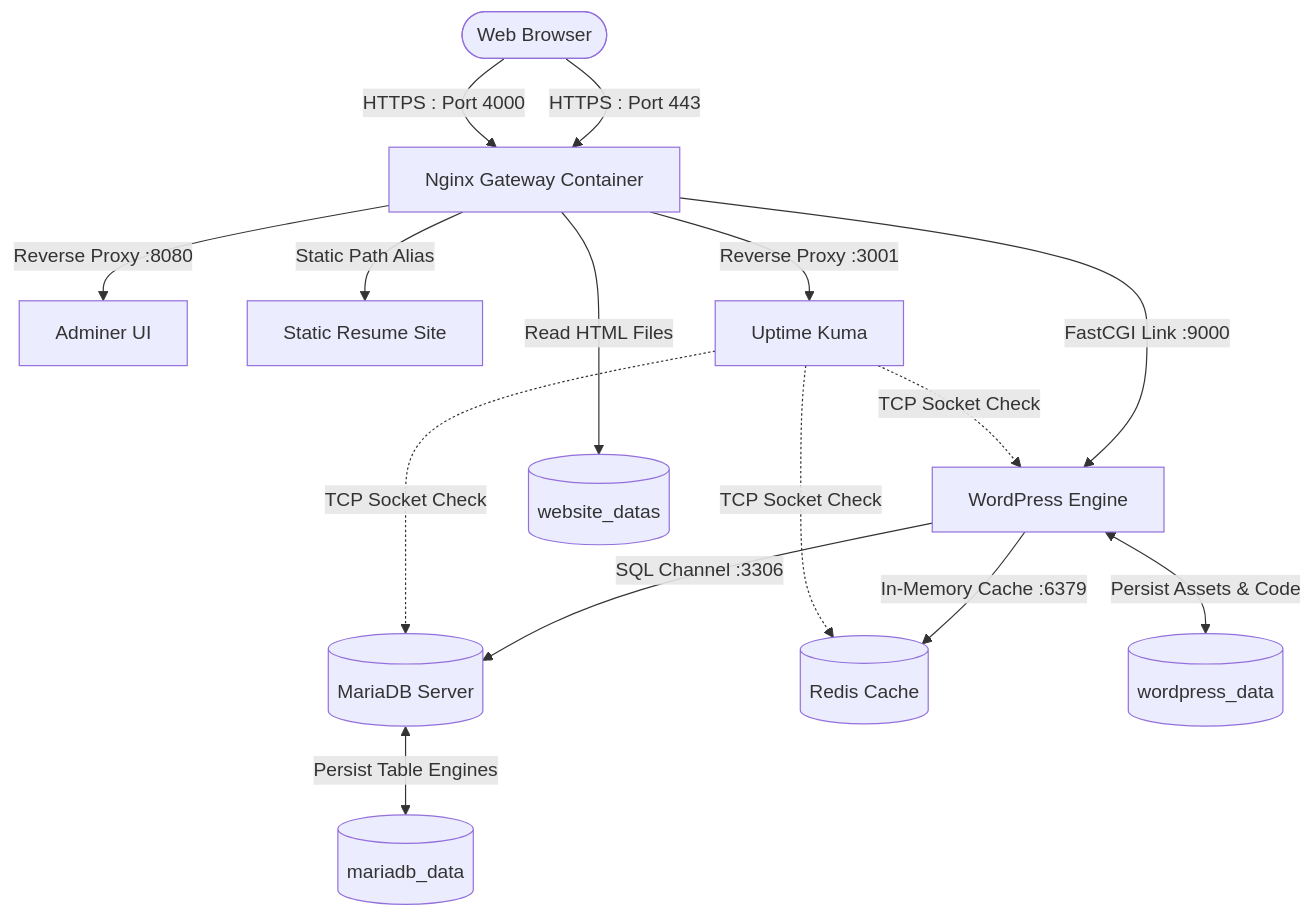
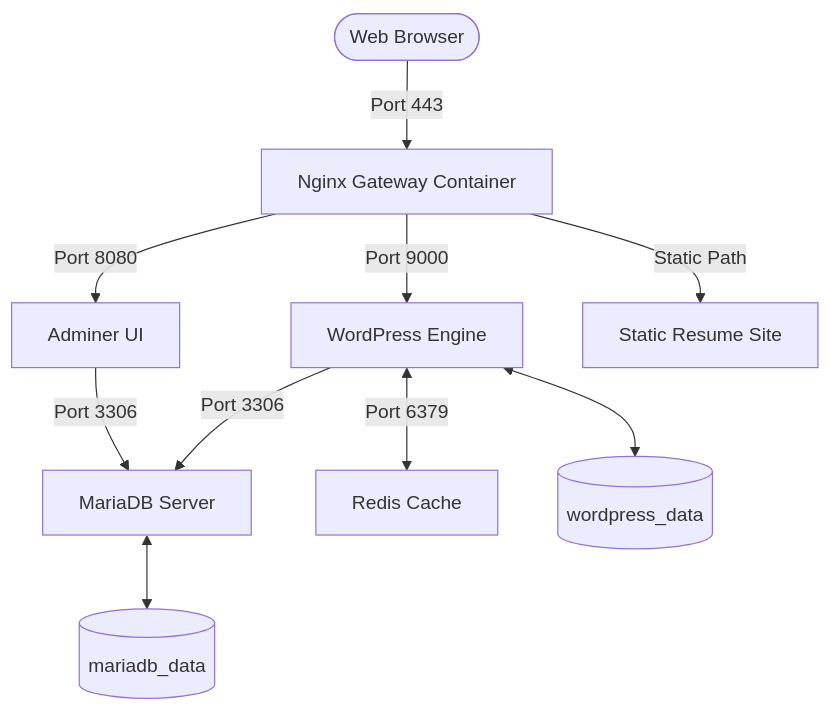
One commit to jqrsound/inception changed the first of 2 diagrams in README.md. Above: the diagram before and after it, drawn with Mermaid. The commit also changed other lines of this file and 22 other files, not shown here.

````diff
--- a/README.md
+++ b/README.md
@@ -41,27 +40,18 @@
 ```mermaid
 graph TD
-    User([Web Browser]) -->|HTTPS : Port 443| NGINX[Nginx Gateway Container]
-    User -->|HTTPS : Port 4000| NGINX
-    
-    NGINX -->|FastCGI Link :9000| WP[WordPress Engine]
-    NGINX -->|Reverse Proxy :8080| Adminer[Adminer UI]
-    NGINX -->|Static Path Alias| Resume[Static Resume Site]
-    NGINX -->|Reverse Proxy :3001| Kuma[Uptime Kuma]
+    User([Web Browser]) -->|Port 443| NGINX[Nginx Gateway Container]
+    NGINX -->|Port 8080| Adminer[Adminer UI]
+    NGINX -->|Port 9000| WP[WordPress Engine]
+    NGINX -->|Static Path| Resume[Static Resume Site]
         
-    WP -->|SQL Channel :3306| DB[(MariaDB Server)]
-    WP -->|In-Memory Cache :6379| Redis[(Redis Cache)]
-        
-    %% Kuma Synthetic Active Auditing Logs
-    Kuma -.->|TCP Socket Check| WP
-    Kuma -.->|TCP Socket Check| DB
-    Kuma -.->|TCP Socket Check| Redis
+    Adminer[Adminer UI] -->|Port 3306| DB[MariaDB Server]
+    WP -->|Port 3306| DB[MariaDB Server]
+    WP <-->|Port 6379| Redis[Redis Cache]
 
     WP_Volume[(wordpress_data)]
     DB_Volume[(mariadb_data)]
-    Static_Volume[(website_datas)]
 
     %% Storage Map Link paths
-    WP <-->|Persist Assets & Code| WP_Volume
-    DB <-->|Persist Table Engines| DB_Volume
-    NGINX --->|Read HTML Files| Static_Volume
+    WP <--> WP_Volume
+    DB <--> DB_Volume
 ```
````
